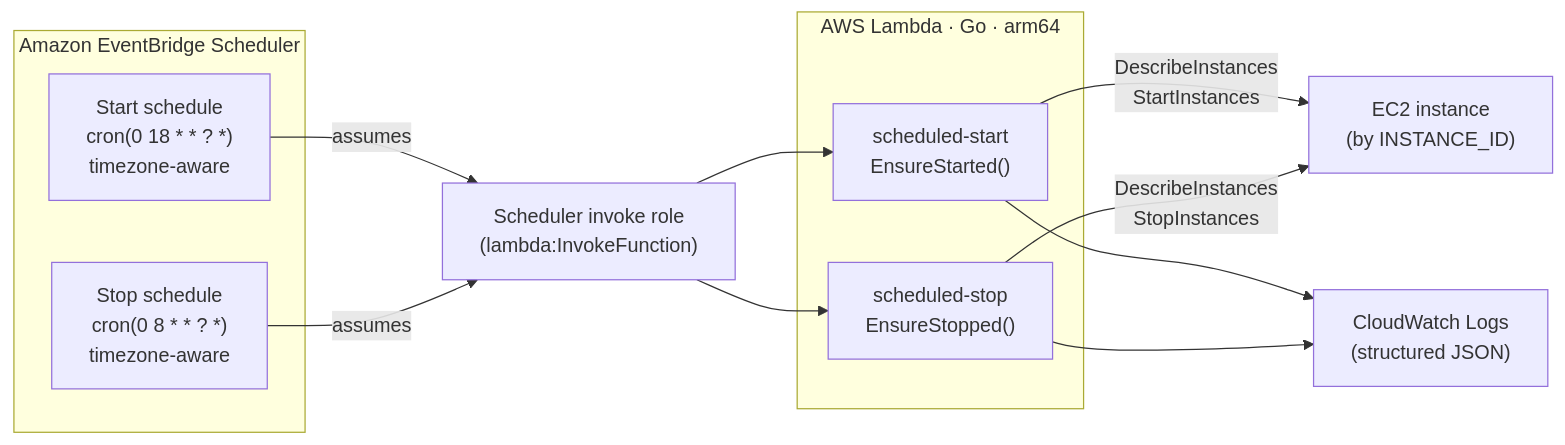
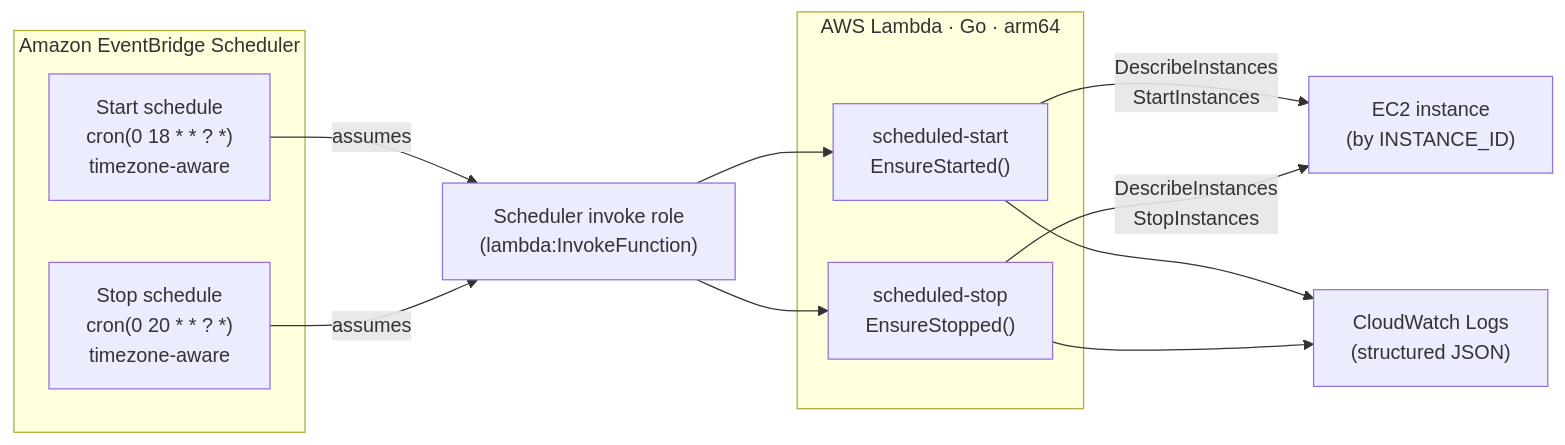
One commit to teddynted/ai-github-repository-blog-generator changed the diagram in docs/scheduling.md. Above: the diagram before and after it, drawn with Mermaid. The commit also changed other lines of this file and 3 other files, not shown here.

````diff
--- a/docs/scheduling.md
+++ b/docs/scheduling.md
@@ -16,24 +16,24 @@
 ```mermaid
 flowchart LR
   subgraph EB[Amazon EventBridge Scheduler]
     S1["Start schedule<br/>cron(0 18 * * ? *)<br/>timezone-aware"]
-    S2["Stop schedule<br/>cron(0 8 * * ? *)<br/>timezone-aware"]
+    S2["Stop schedule<br/>cron(0 20 * * ? *)<br/>timezone-aware"]
   end
 
   R["Scheduler invoke role<br/>(lambda:InvokeFunction)"]
 
   subgraph L[AWS Lambda · Go · arm64]
     LS["scheduled-start<br/>EnsureStarted()"]
     LT["scheduled-stop<br/>EnsureStopped()"]
   end
 
   EC2["EC2 instance<br/>(by INSTANCE_ID)"]
   CW["CloudWatch Logs<br/>(structured JSON)"]
 
   S1 -->|assumes| R --> LS
   S2 -->|assumes| R --> LT
   LS -->|DescribeInstances<br/>StartInstances| EC2
   LT -->|DescribeInstances<br/>StopInstances| EC2
   LS --> CW
   LT --> CW
 ```
````
